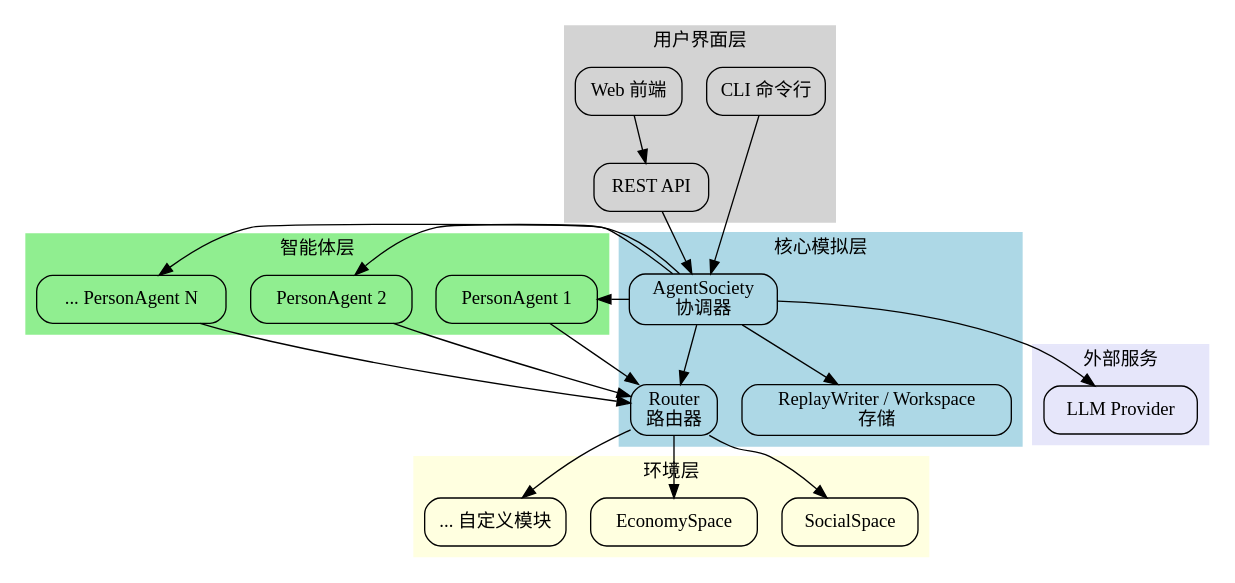
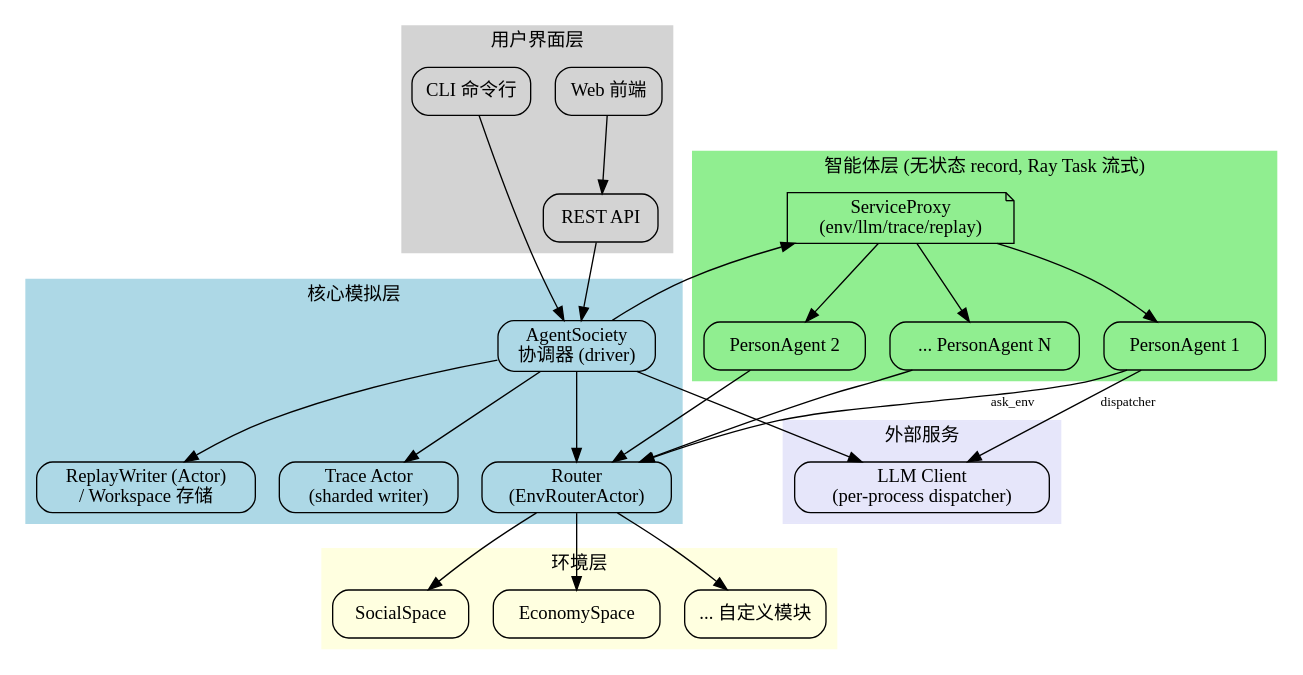
One commit to miaoqijun/AgentSociety changed the second of 4 diagrams in packages/agentsociety2/docs/concepts.rst. Above: the diagram before and after it, drawn with Graphviz. The commit also changed other lines of this file and 391 other files, not shown here.

```diff
--- a/packages/agentsociety2/docs/concepts.rst
+++ b/packages/agentsociety2/docs/concepts.rst
@@ -34,70 +37,76 @@
 .. graphviz::
 
    digraph full_architecture {
        rankdir=TB;
        node [shape=box, style=rounded];
        edge [fontsize=10];
 
        subgraph cluster_ui {
            label = "用户界面层";
            style=filled;
            color=lightgrey;
            CLI [label="CLI 命令行"];
            WebUI [label="Web 前端"];
            API [label="REST API"];
        }
 
        subgraph cluster_core {
            label = "核心模拟层";
            style=filled;
            color=lightblue;
-           Society [label="AgentSociety\n协调器"];
-           Router [label="Router\n路由器"];
-           Storage [label="ReplayWriter / Workspace\n存储"];
+           Society [label="AgentSociety\n协调器 (driver)"];
+           Router [label="Router\n(EnvRouterActor)"];
+           Storage [label="ReplayWriter (Actor)\n/ Workspace 存储"];
+           Trace [label="Trace Actor\n(sharded writer)"];
        }
 
        subgraph cluster_agents {
-           label = "智能体层";
+           label = "智能体层 (无状态 record, Ray Task 流式)";
            style=filled;
            color=lightgreen;
+           Proxy [label="ServiceProxy\n(env/llm/trace/replay)", shape=note];
            Agent1 [label="PersonAgent 1"];
            Agent2 [label="PersonAgent 2"];
            AgentN [label="... PersonAgent N"];
        }
 
        subgraph cluster_env {
            label = "环境层";
            style=filled;
            color=lightyellow;
            Env1 [label="SocialSpace"];
            Env2 [label="EconomySpace"];
            EnvN [label="... 自定义模块"];
        }
 
        subgraph cluster_external {
            label = "外部服务";
            style=filled;
            color=lavender;
-           LLM [label="LLM Provider"];
+           LLM [label="LLM Client\n(per-process dispatcher)"];
        }
 
        CLI -> Society;
        WebUI -> API;
        API -> Society;
 
        Society -> Router;
        Society -> Storage;
-       Society -> Agent1;
-       Society -> Agent2;
-       Society -> AgentN;
+       Society -> Trace;
+       Society -> Proxy;
+
+       Proxy -> Agent1;
+       Proxy -> Agent2;
+       Proxy -> AgentN;
 
        Router -> Env1;
        Router -> Env2;
        Router -> EnvN;
 
-       Agent1 -> Router;
+       Agent1 -> Router [label="ask_env"];
        Agent2 -> Router;
        AgentN -> Router;
 
+       Agent1 -> LLM [label="dispatcher"];
        Society -> LLM;
    }
```
